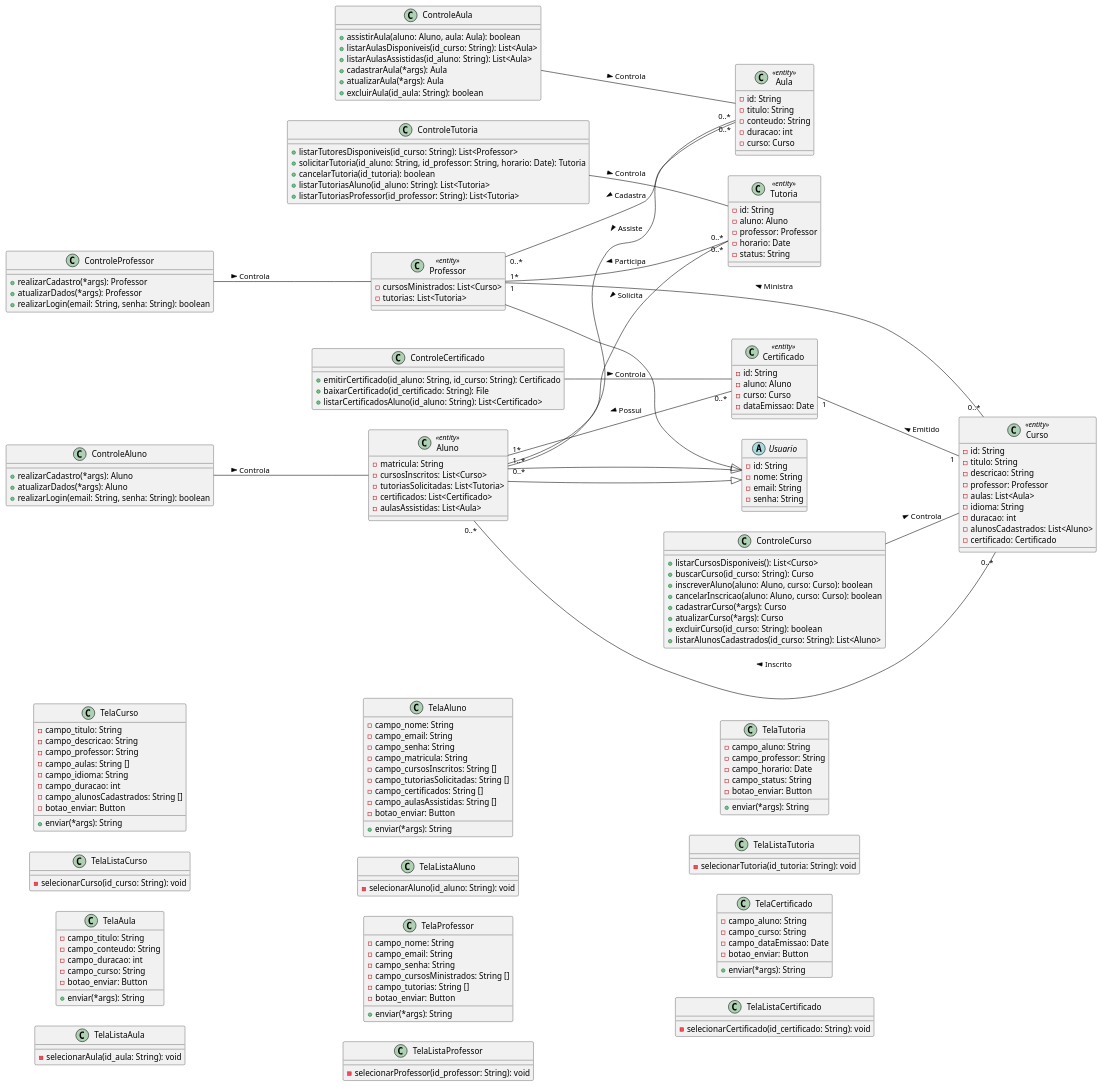
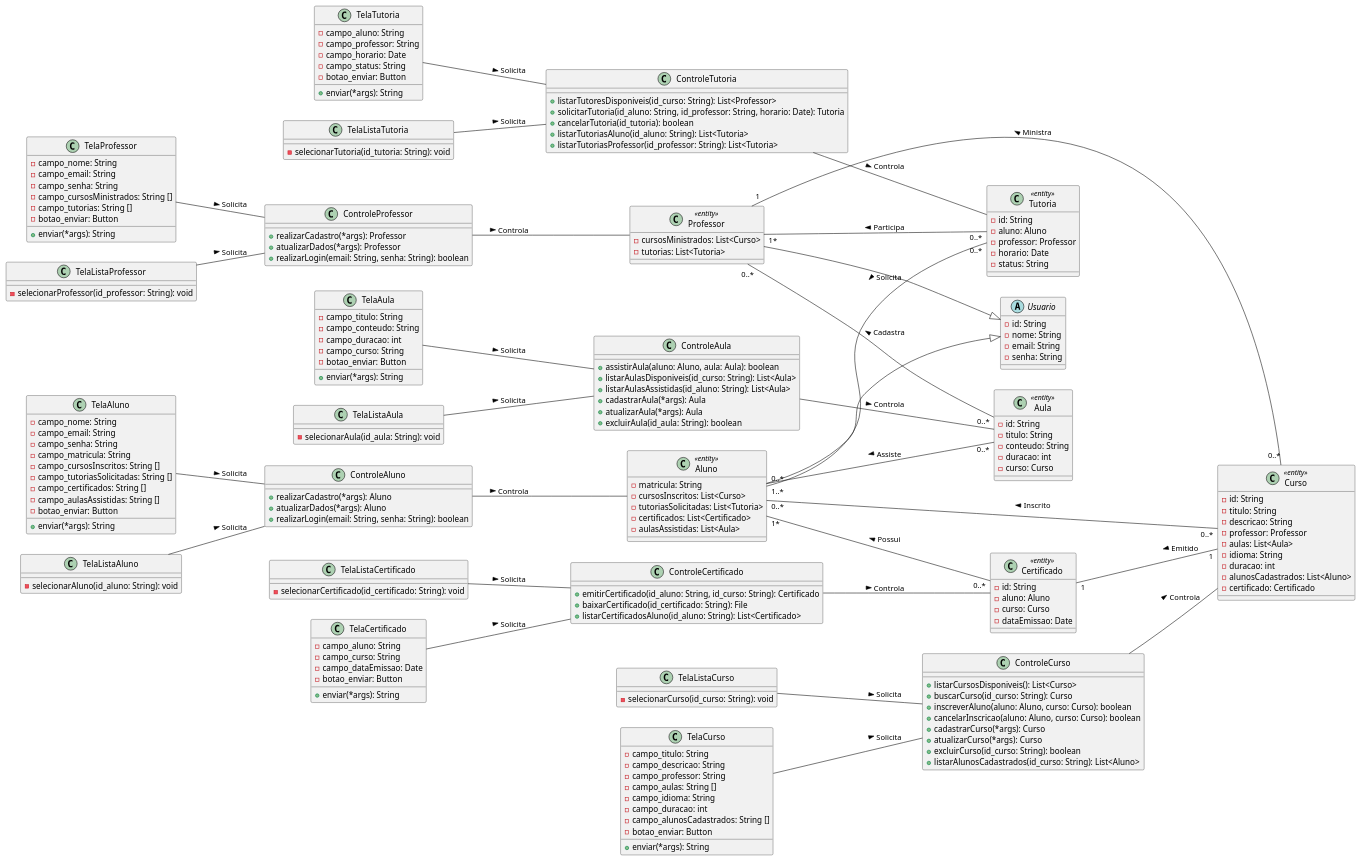
One commit to Nicolas-Emanuel7/Atividades-APS changed the diagram in projeto-2Unidade/modelo-classes/aluno.puml. Above: the diagram before and after it, drawn with PlantUML.

Commit message:
feat: adiciona relação para as telas de aluno

```diff
--- a/projeto-2Unidade/modelo-classes/aluno.puml
+++ b/projeto-2Unidade/modelo-classes/aluno.puml
@@ -187,9 +187,6 @@
     -selecionarCertificado(id_certificado: String): void
 }
 
-
-Aluno --|> Usuario
-
 Aluno --|> Usuario
 Professor --|> Usuario
 
@@ -212,4 +209,17 @@
 ControleProfessor -- Professor: Controla >
 ControleAula -- Aula: Controla >
 
+TelaCurso -- ControleCurso: Solicita >
+TelaListaCurso -- ControleCurso: Solicita >
+TelaAula -- ControleAula: Solicita >
+TelaListaAula -- ControleAula: Solicita >
+TelaAluno -- ControleAluno: Solicita >
+TelaListaAluno -- ControleAluno: Solicita >
+TelaProfessor -- ControleProfessor: Solicita >
+TelaListaProfessor -- ControleProfessor: Solicita >
+TelaTutoria -- ControleTutoria: Solicita >
+TelaListaTutoria -- ControleTutoria: Solicita >
+TelaCertificado -- ControleCertificado: Solicita >
+TelaListaCertificado -- ControleCertificado: Solicita >
+
 @enduml
```
